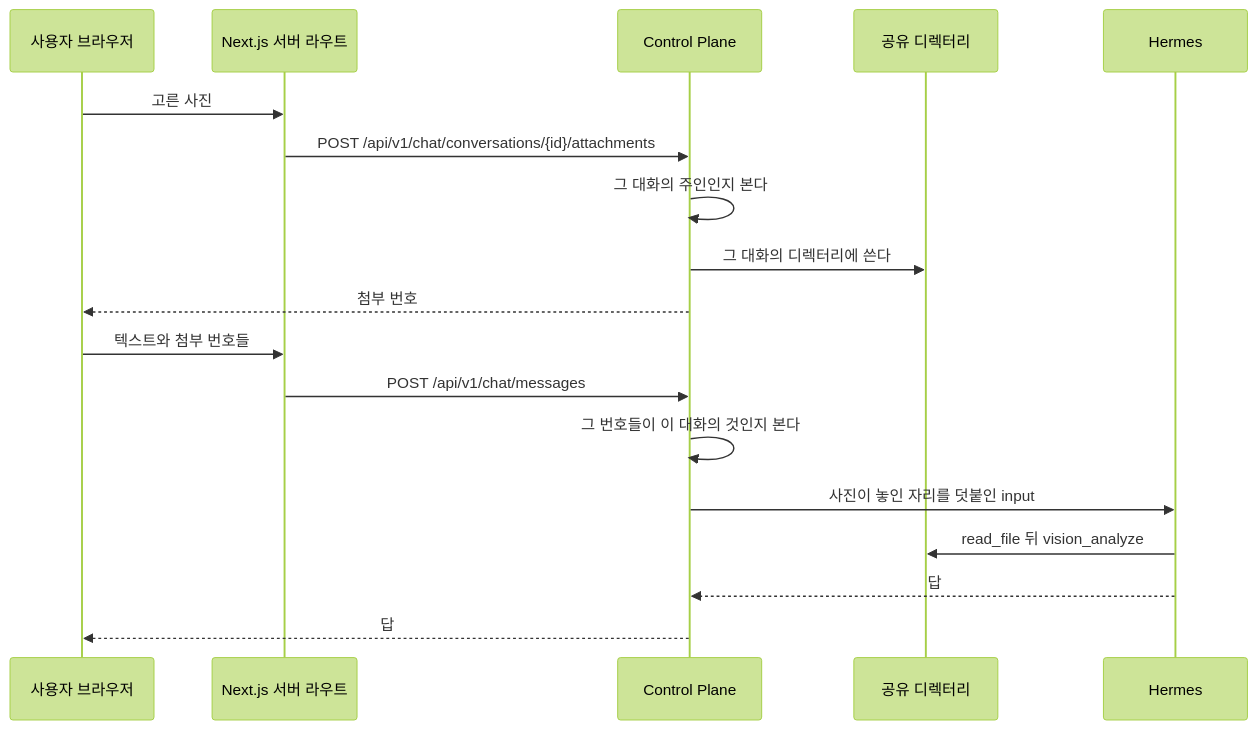
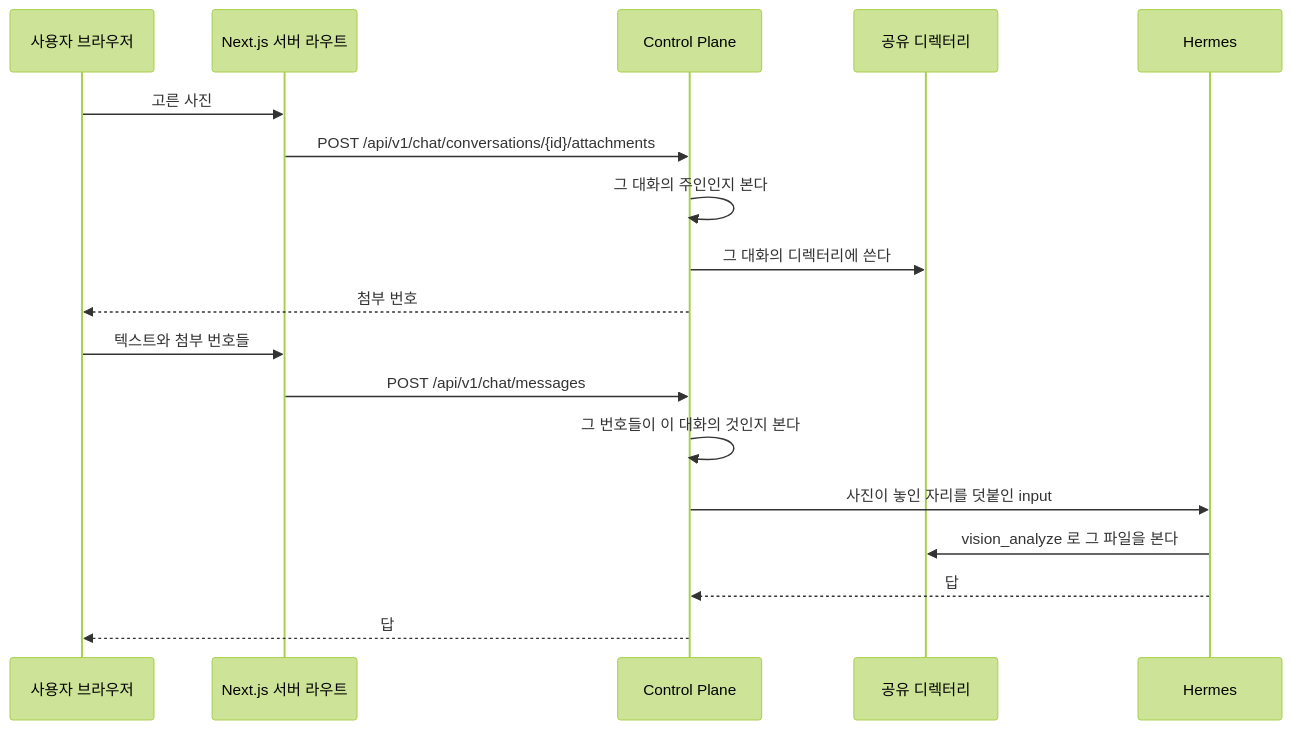
Before and after one commit to jon890/fos-assistant: the fifth of 9 diagrams in docs/flow.md, drawn with Mermaid (forest theme). The commit also changed other lines of this file and 5 other files, not shown here.

````diff
--- a/docs/flow.md
+++ b/docs/flow.md
@@ -189,22 +189,22 @@
 ```mermaid
 sequenceDiagram
     participant U as 사용자 브라우저
     participant W as Next.js 서버 라우트
     participant C as Control Plane
     participant D as 공유 디렉터리
     participant H as Hermes
 
     U->>W: 고른 사진
     W->>C: POST /api/v1/chat/conversations/{id}/attachments
     C->>C: 그 대화의 주인인지 본다
     C->>D: 그 대화의 디렉터리에 쓴다
     C-->>U: 첨부 번호
 
     U->>W: 텍스트와 첨부 번호들
     W->>C: POST /api/v1/chat/messages
     C->>C: 그 번호들이 이 대화의 것인지 본다
     C->>H: 사진이 놓인 자리를 덧붙인 input
-    H->>D: read_file 뒤 vision_analyze
+    H->>D: vision_analyze 로 그 파일을 본다
     H-->>C: 답
     C-->>U: 답
 ```
````
